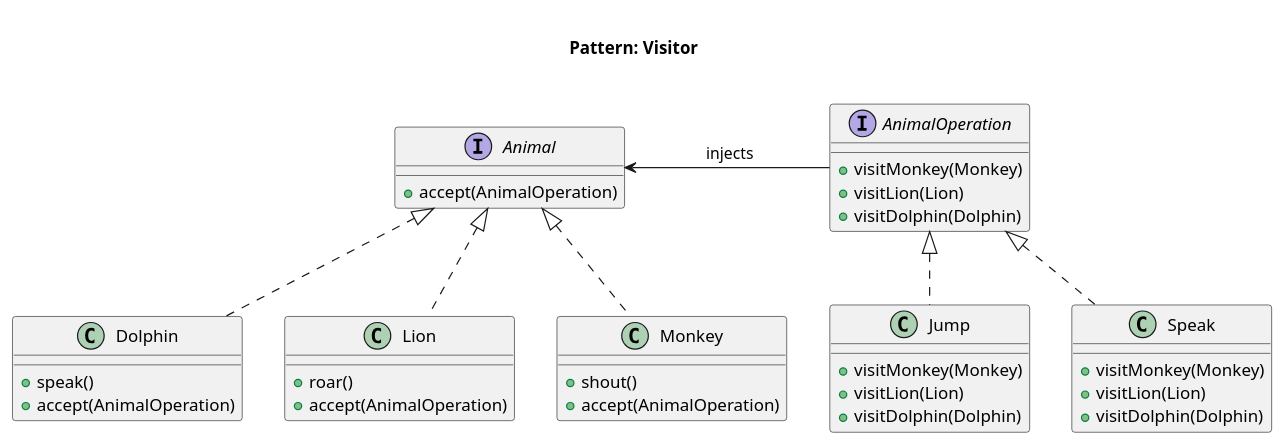
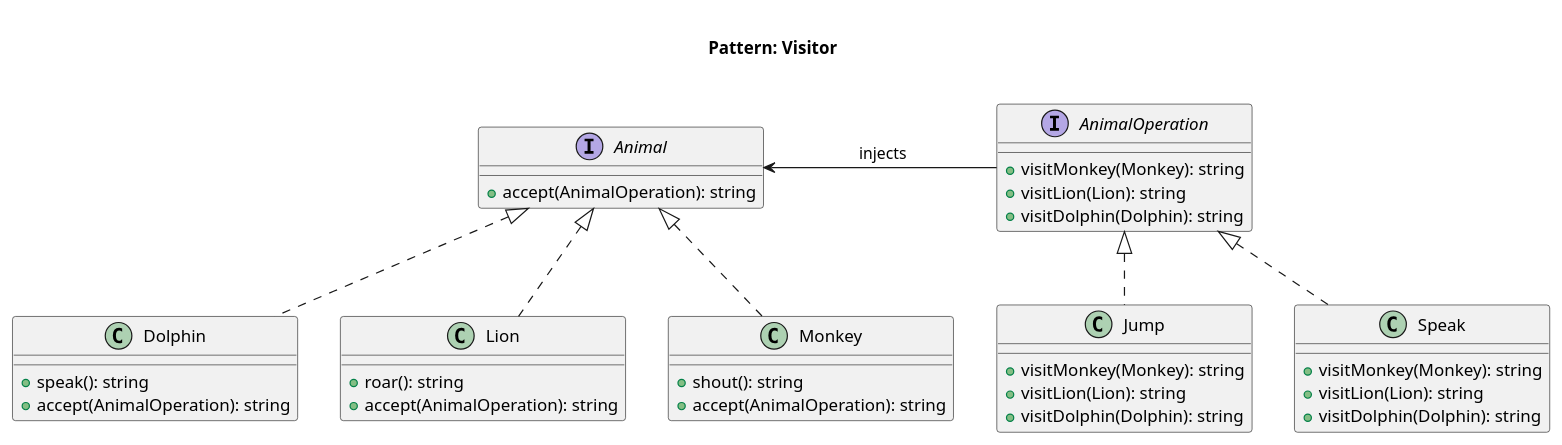
The diagram in patterns/behavioral/visitor/kamran-ahmed/diagram.pu (rosselli/design-patterns-implemented.concepts), drawn with PlantUML before and after one commit. The commit also changed 8 other files, not shown here.

```diff
--- a/patterns/behavioral/visitor/kamran-ahmed/diagram.pu
+++ b/patterns/behavioral/visitor/kamran-ahmed/diagram.pu
@@ -1,42 +1,42 @@
 @startuml
 	Title <size:20>\nPattern: Visitor\n
 
     interface Animal {
-        + accept(AnimalOperation)
+        + accept(AnimalOperation): string
+    }
+
+    class Dolphin implements Animal {
+        + speak(): string
+        + accept(AnimalOperation): string
+    }
+
+    class Lion implements Animal {
+        + roar(): string
+        + accept(AnimalOperation): string
+    }
+
+    class Monkey implements Animal {
+        + shout(): string
+        + accept(AnimalOperation): string
     }
 
     interface AnimalOperation {
-        + visitMonkey(Monkey)
-        + visitLion(Lion)
-        + visitDolphin(Dolphin)
-    }
-
-    class Dolphin implements Animal {
-        + speak()
-        + accept(AnimalOperation)
-    }
-
-    class Lion implements Animal {
-        + roar()
-        + accept(AnimalOperation)
-    }
-
-    class Monkey implements Animal {
-        + shout()
-        + accept(AnimalOperation)
+        + visitMonkey(Monkey): string
+        + visitLion(Lion): string
+        + visitDolphin(Dolphin): string
     }
 
     class Jump implements AnimalOperation {
-        + visitMonkey(Monkey)
-        + visitLion(Lion)
-        + visitDolphin(Dolphin)
+        + visitMonkey(Monkey): string
+        + visitLion(Lion): string
+        + visitDolphin(Dolphin): string
     }
 
     class Speak implements AnimalOperation {
-        + visitMonkey(Monkey)
-        + visitLion(Lion)
-        + visitDolphin(Dolphin)
+        + visitMonkey(Monkey): string
+        + visitLion(Lion): string
+        + visitDolphin(Dolphin): string
     }
 
     AnimalOperation -left-> Animal: " injects"
 @enduml
```
